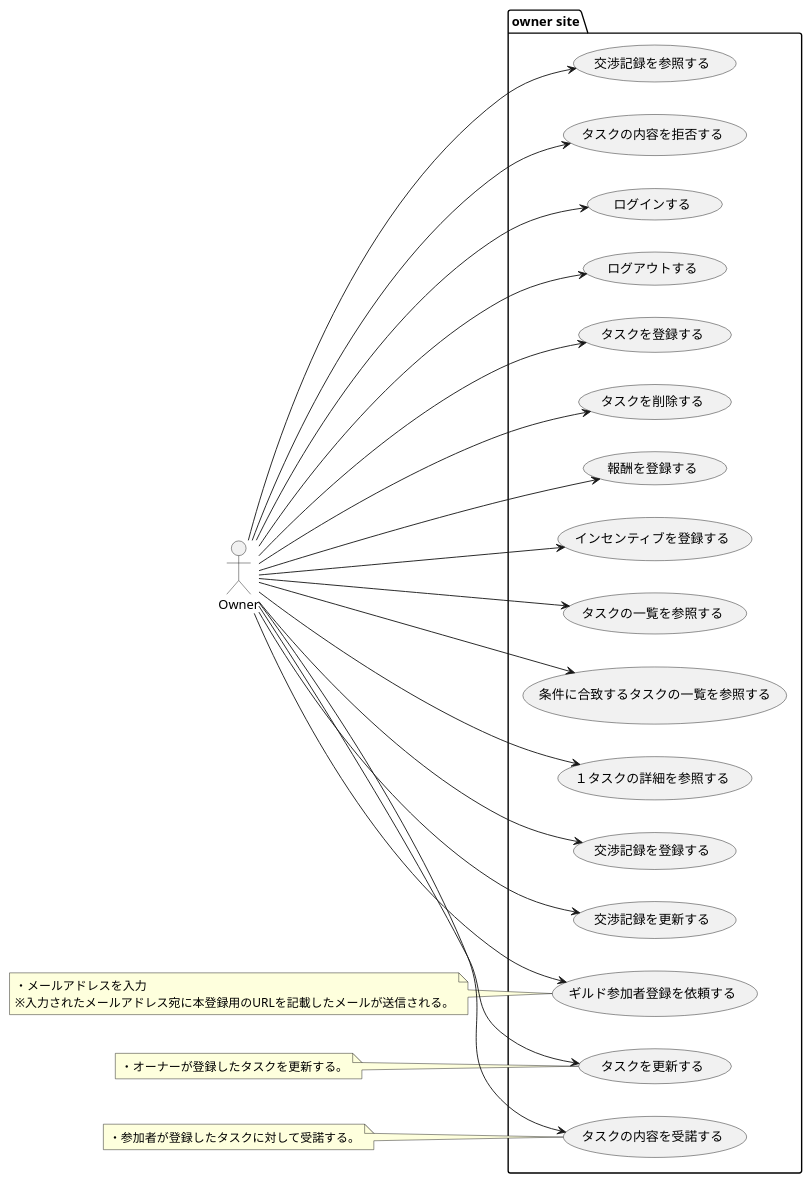
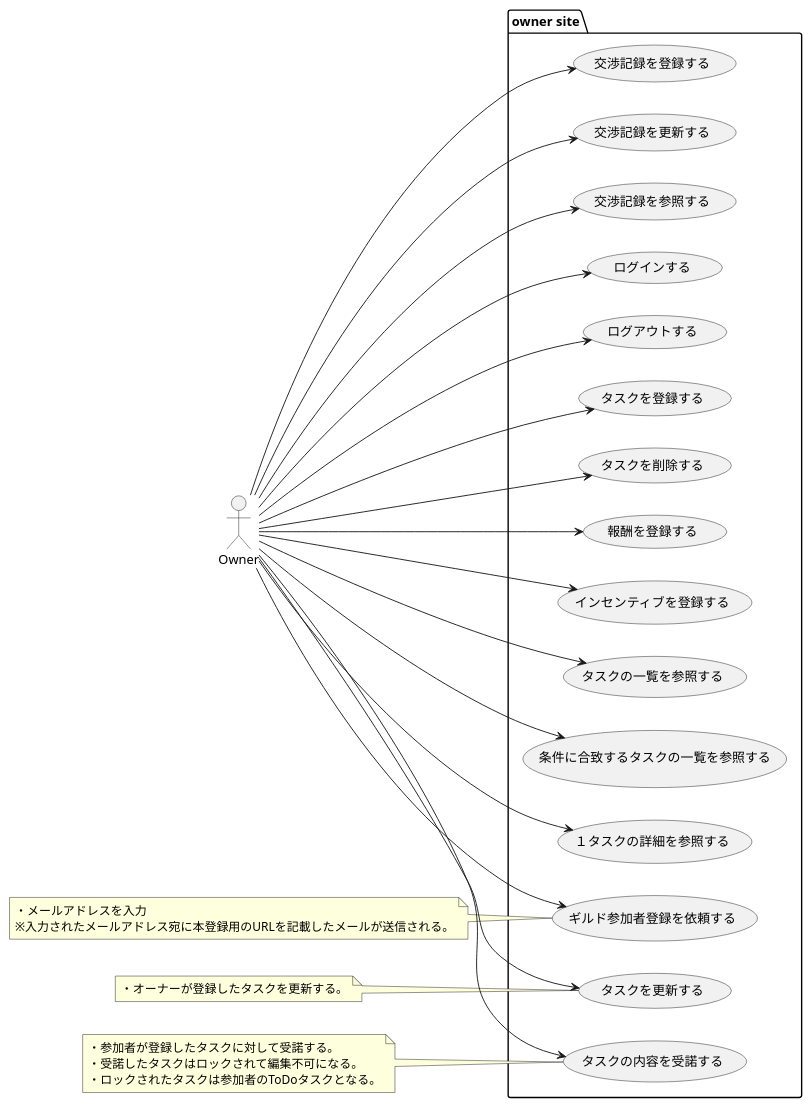
Before and after one commit to sky0621/familiagildo: the diagram in design/usecase/owner/usecase.puml, drawn with PlantUML. The commit also changed 8 other files, not shown here.

```diff
--- a/design/usecase/owner/usecase.puml
+++ b/design/usecase/owner/usecase.puml
@@ -1,56 +1,56 @@
 @startuml
 
 left to right direction
 
 actor Owner as o
 
 package "owner site" {
     usecase "ログインする" as loginByOwner
     usecase "ログアウトする" as logoutByOwner
     usecase "ギルド参加者登録を依頼する" as requestCreateParticipant
     usecase "タスクを登録する" as createTaskByOwner
     usecase "タスクを更新する" as updateTaskByOwner
     usecase "タスクを削除する" as deleteTaskByOwner
     usecase "報酬を登録する" as createRewardByOwner
     usecase "インセンティブを登録する" as createIncentiveByOwner
     usecase "タスクの一覧を参照する" as listTaskByOwner
     usecase "条件に合致するタスクの一覧を参照する" as findTaskByOwner
     usecase "１タスクの詳細を参照する" as getTaskByOwner
     usecase "交渉記録を登録する" as createNegotiationRecordByOwner
     usecase "交渉記録を更新する" as updateNegotiationRecordByOwner
     usecase "交渉記録を参照する" as getNegotiationRecordByOwner
     usecase "タスクの内容を受諾する" as acceptTaskByOwner
-    usecase "タスクの内容を拒否する" as rejectTaskByOwner
 }
 
 o --> loginByOwner
 o --> logoutByOwner
 o --> requestCreateParticipant
 o --> createTaskByOwner
 o --> updateTaskByOwner
 o --> deleteTaskByOwner
 o --> createRewardByOwner
 o --> createIncentiveByOwner
 o --> listTaskByOwner
 o --> findTaskByOwner
 o --> getTaskByOwner
 o --> createNegotiationRecordByOwner
 o --> updateNegotiationRecordByOwner
 o --> getNegotiationRecordByOwner
 o --> acceptTaskByOwner
-o --> rejectTaskByOwner
 
 note left of requestCreateParticipant
 ・メールアドレスを入力
 ※入力されたメールアドレス宛に本登録用のURLを記載したメールが送信される。
 end note
 
 note left of updateTaskByOwner
 ・オーナーが登録したタスクを更新する。
 end note
 
 note left of acceptTaskByOwner
 ・参加者が登録したタスクに対して受諾する。
+・受諾したタスクはロックされて編集不可になる。
+・ロックされたタスクは参加者のToDoタスクとなる。
 end note
 
 @enduml
```
